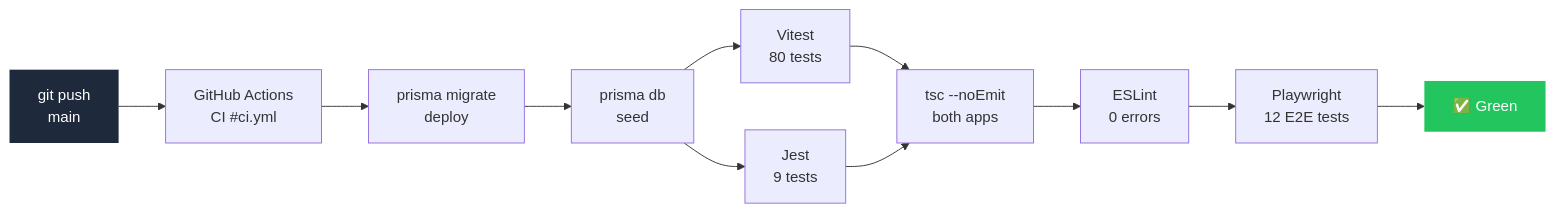
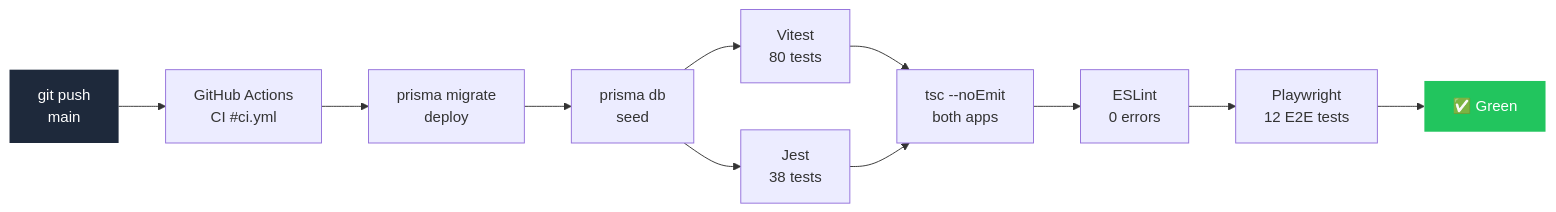
One commit to harshiniramasamy5-star/rapid-ledger changed the sixth of 7 diagrams in README.md. Above: the diagram before and after it, drawn with Mermaid. The commit also changed other lines of this file, not shown here.

````diff
--- a/README.md
+++ b/README.md
@@ -569,16 +569,16 @@
 ```mermaid
 graph LR
     PUSH["git push\nmain"] --> CI["GitHub Actions\nCI #ci.yml"]
     CI --> MIGRATE["prisma migrate\ndeploy"]
     MIGRATE --> SEED["prisma db\nseed"]
     SEED --> VITEST["Vitest\n80 tests"]
-    SEED --> JEST["Jest\n9 tests"]
+    SEED --> JEST["Jest\n38 tests"]
     VITEST --> TSC["tsc --noEmit\nboth apps"]
     JEST --> TSC
     TSC --> LINT["ESLint\n0 errors"]
     LINT --> E2E["Playwright\n12 E2E tests"]
     E2E --> DONE["✅ Green"]
 
     style DONE fill:#22c55e,color:#fff,stroke:none
     style PUSH fill:#1e293b,color:#fff,stroke:none
 ```
````
